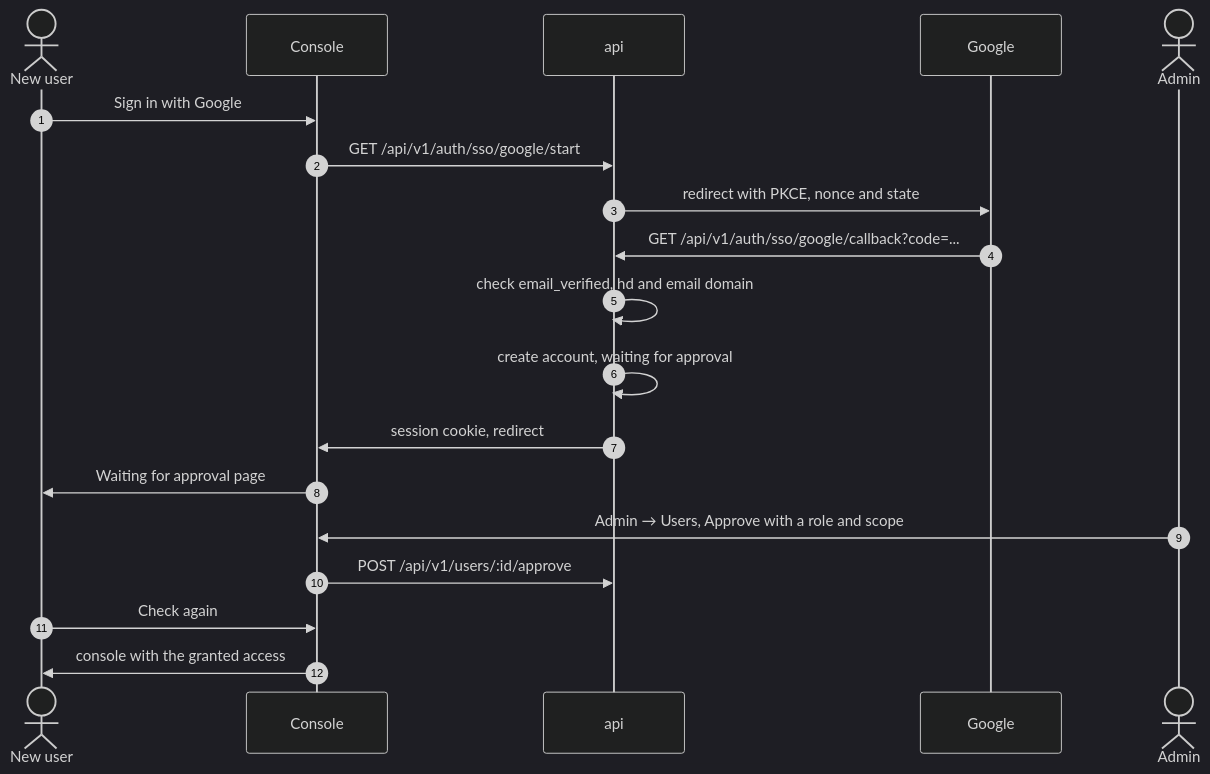
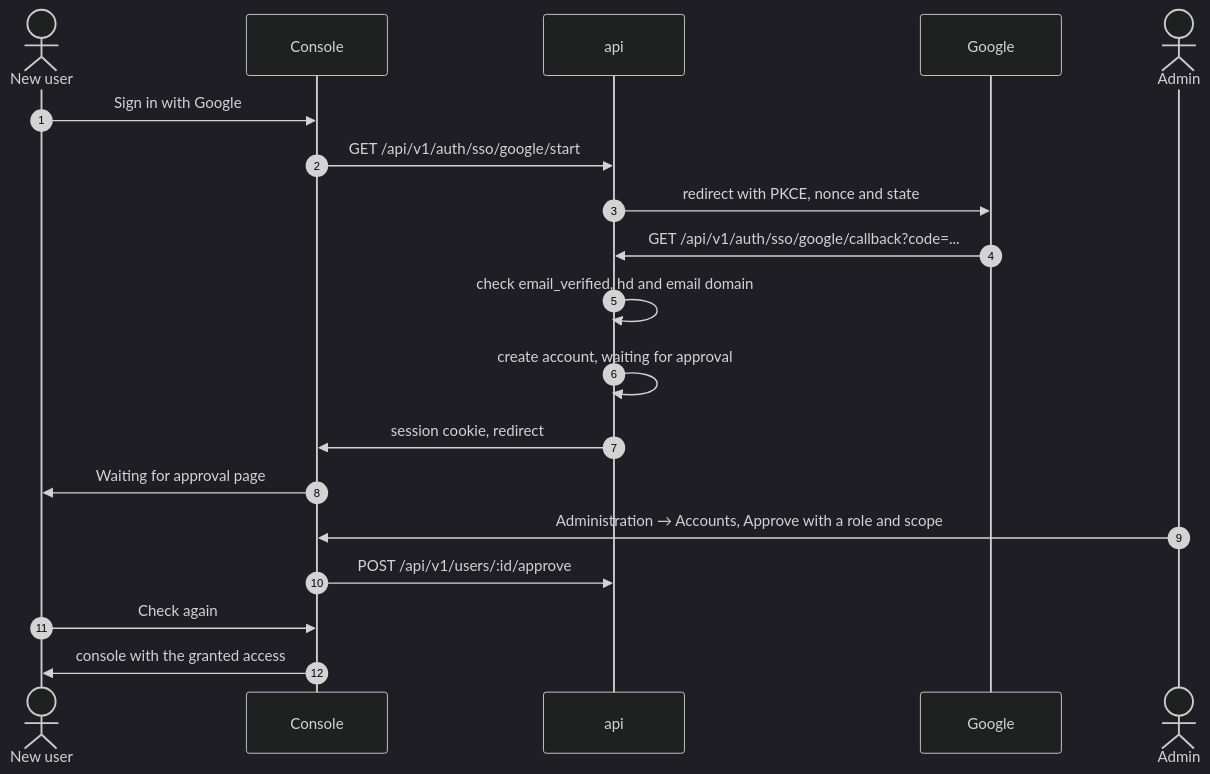
The diagram in docs/operations/google-sign-in.md (secrets-bridge/docs), drawn with Mermaid (dark theme) before and after one commit. The commit also changed other lines of this file and 26 other files, not shown here.

````diff
--- a/docs/operations/google-sign-in.md
+++ b/docs/operations/google-sign-in.md
@@ -34,21 +34,21 @@
 ```mermaid
 sequenceDiagram
     autonumber
     actor P as New user
     participant UI as Console
     participant API as api
     participant G as Google
     actor A as Admin
     P->>UI: Sign in with Google
     UI->>API: GET /api/v1/auth/sso/google/start
     API->>G: redirect with PKCE, nonce and state
     G->>API: GET /api/v1/auth/sso/google/callback?code=...
     API->>API: check email_verified, hd and email domain
     API->>API: create account, waiting for approval
     API->>UI: session cookie, redirect
     UI->>P: Waiting for approval page
-    A->>UI: Admin → Users, Approve with a role and scope
+    A->>UI: Administration → Accounts, Approve with a role and scope
     UI->>API: POST /api/v1/users/:id/approve
     P->>UI: Check again
     UI->>P: console with the granted access
 ```
````
